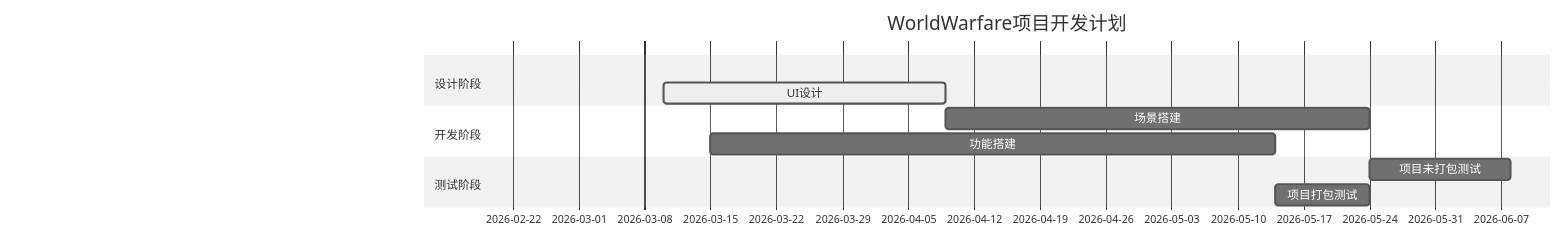
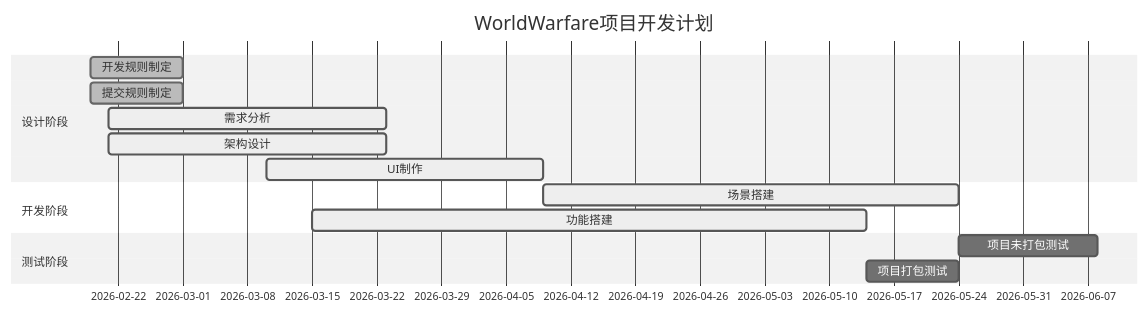
The diagram in README.md (xuhongchaoVSgaoyuanhui/WorldWarfare), drawn with Mermaid (neutral theme) before and after one commit.

Commit message:
⚠️”Update project timeline in README.md“
无

````diff
--- a/README.md
+++ b/README.md
@@ -67,14 +67,17 @@
 ```mermaid
 gantt
     title WorldWarfare项目开发计划
     dateFormat  YYYY-MM-DD
     section 设计阶段
-    需求分析      :done,    des1, 2026-02-21,2024-02-25
-    UI设计       :active,  des2, 2026-03-10, 30d
+    开发规则制定 : done, des1, 2026-02-19, 10d
+    提交规则制定 : done, des1, 2026-02-19, 10d
+    需求分析   :active,    des1, 2026-02-21, 30d
+    架构设计   :active,    des3, 2026-2-21, 30d
+    UI制作   :active,    des2, 2026-03-10, 30d
     section 开发阶段
-    场景搭建      :         dev1, after des2, 45d
-    功能搭建      :         dev2, 2026-03-15, 60d
+    场景搭建:active, dev1, after des2, 45d
+    功能搭建:active, dev2, 2026-03-15, 60d
     section 测试阶段
-    项目未打包测试      :         test1, after dev1, 15d
-    项目打包测试      :         test2, after dev2, 10d
+    项目未打包测试:test1, after dev1, 15d
+    项目打包测试:test2, after dev2, 10d
 ```
````
